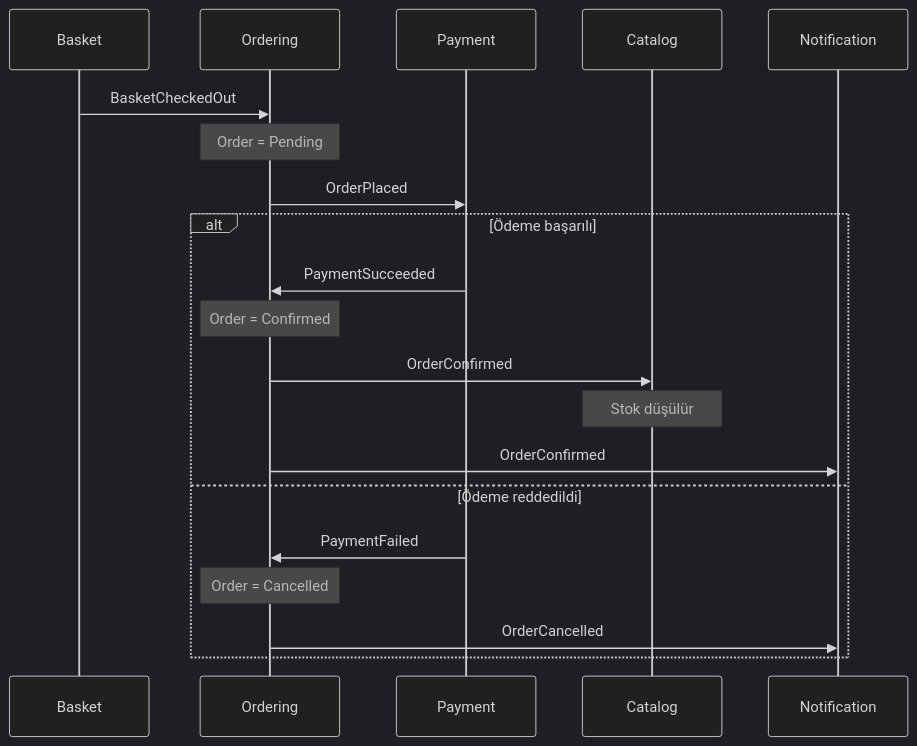
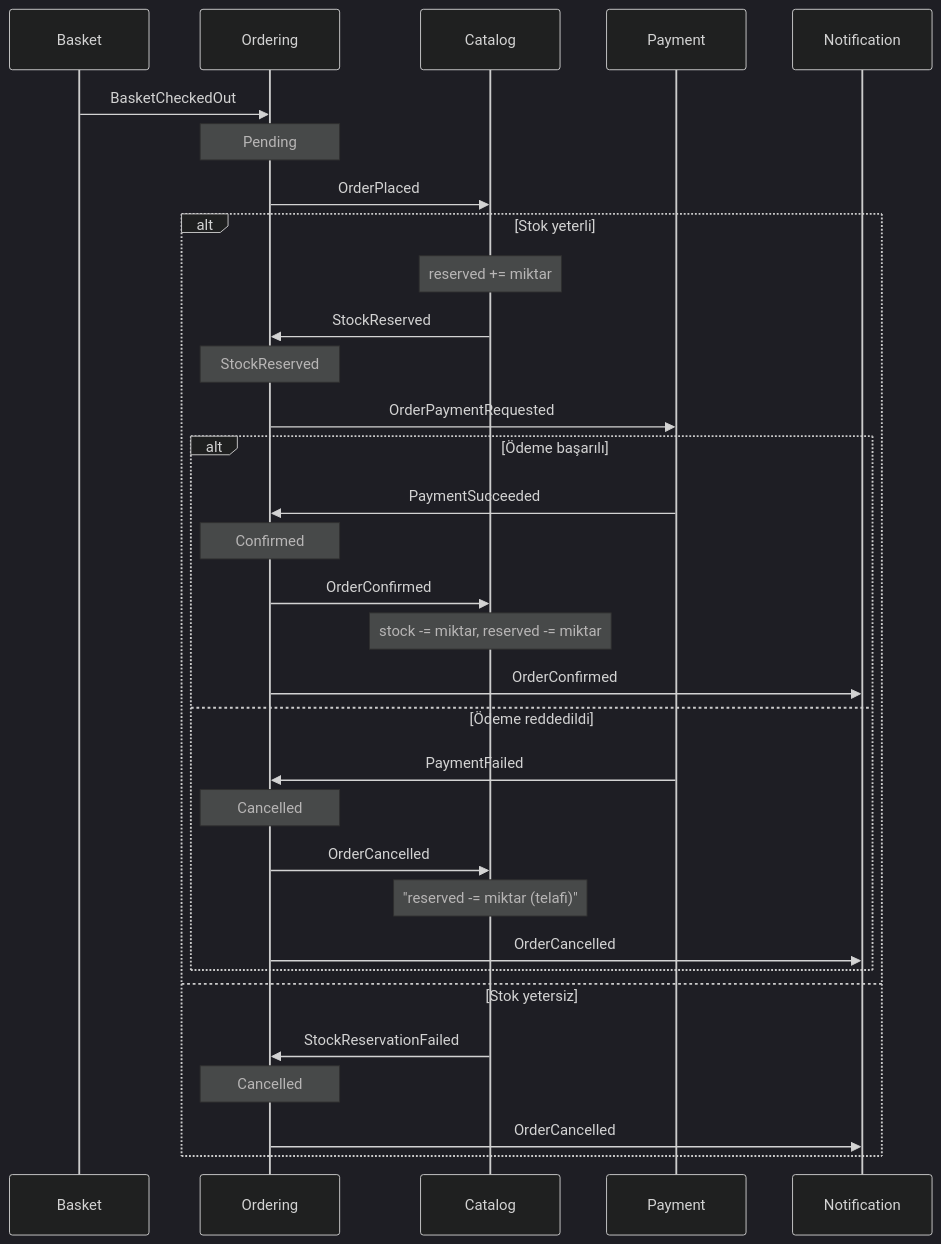
The seventh of 9 diagrams in docs/mimari-ve-ilerleme.md (seyfullahcuhadar/modular-monolith-example), drawn with Mermaid (dark theme) before and after one commit. The commit also changed other lines of this file and 9 other files, not shown here.

````diff
--- a/docs/mimari-ve-ilerleme.md
+++ b/docs/mimari-ve-ilerleme.md
@@ -198,22 +199,34 @@
 ```mermaid
 sequenceDiagram
     participant Basket
     participant Ordering
+    participant Catalog
     participant Payment
-    participant Catalog
     participant Notification
     Basket->>Ordering: BasketCheckedOut
-    Note over Ordering: Order = Pending
-    Ordering->>Payment: OrderPlaced
-    alt Ödeme başarılı
-        Payment->>Ordering: PaymentSucceeded
-        Note over Ordering: Order = Confirmed
-        Ordering->>Catalog: OrderConfirmed
-        Note over Catalog: Stok düşülür
-        Ordering->>Notification: OrderConfirmed
-    else Ödeme reddedildi
-        Payment->>Ordering: PaymentFailed
-        Note over Ordering: Order = Cancelled
+    Note over Ordering: Pending
+    Ordering->>Catalog: OrderPlaced
+    alt Stok yeterli
+        Note over Catalog: reserved += miktar
+        Catalog->>Ordering: StockReserved
+        Note over Ordering: StockReserved
+        Ordering->>Payment: OrderPaymentRequested
+        alt Ödeme başarılı
+            Payment->>Ordering: PaymentSucceeded
+            Note over Ordering: Confirmed
+            Ordering->>Catalog: OrderConfirmed
+            Note over Catalog: stock -= miktar, reserved -= miktar
+            Ordering->>Notification: OrderConfirmed
+        else Ödeme reddedildi
+            Payment->>Ordering: PaymentFailed
+            Note over Ordering: Cancelled
+            Ordering->>Catalog: OrderCancelled
+            Note over Catalog: "reserved -= miktar (telafi)"
+            Ordering->>Notification: OrderCancelled
+        end
+    else Stok yetersiz
+        Catalog->>Ordering: StockReservationFailed
+        Note over Ordering: Cancelled
         Ordering->>Notification: OrderCancelled
     end
 ```
````
